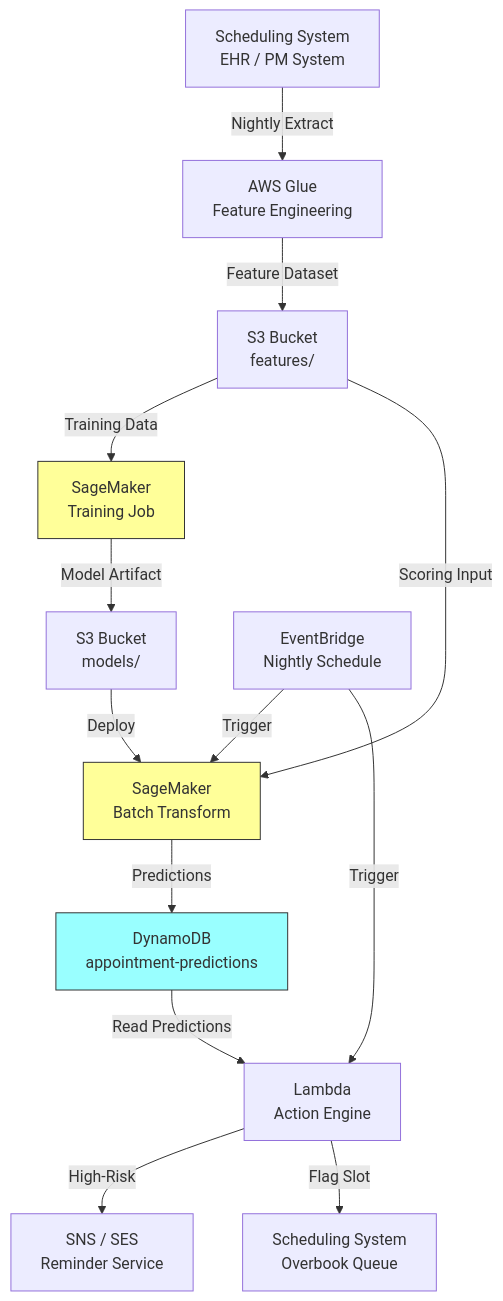
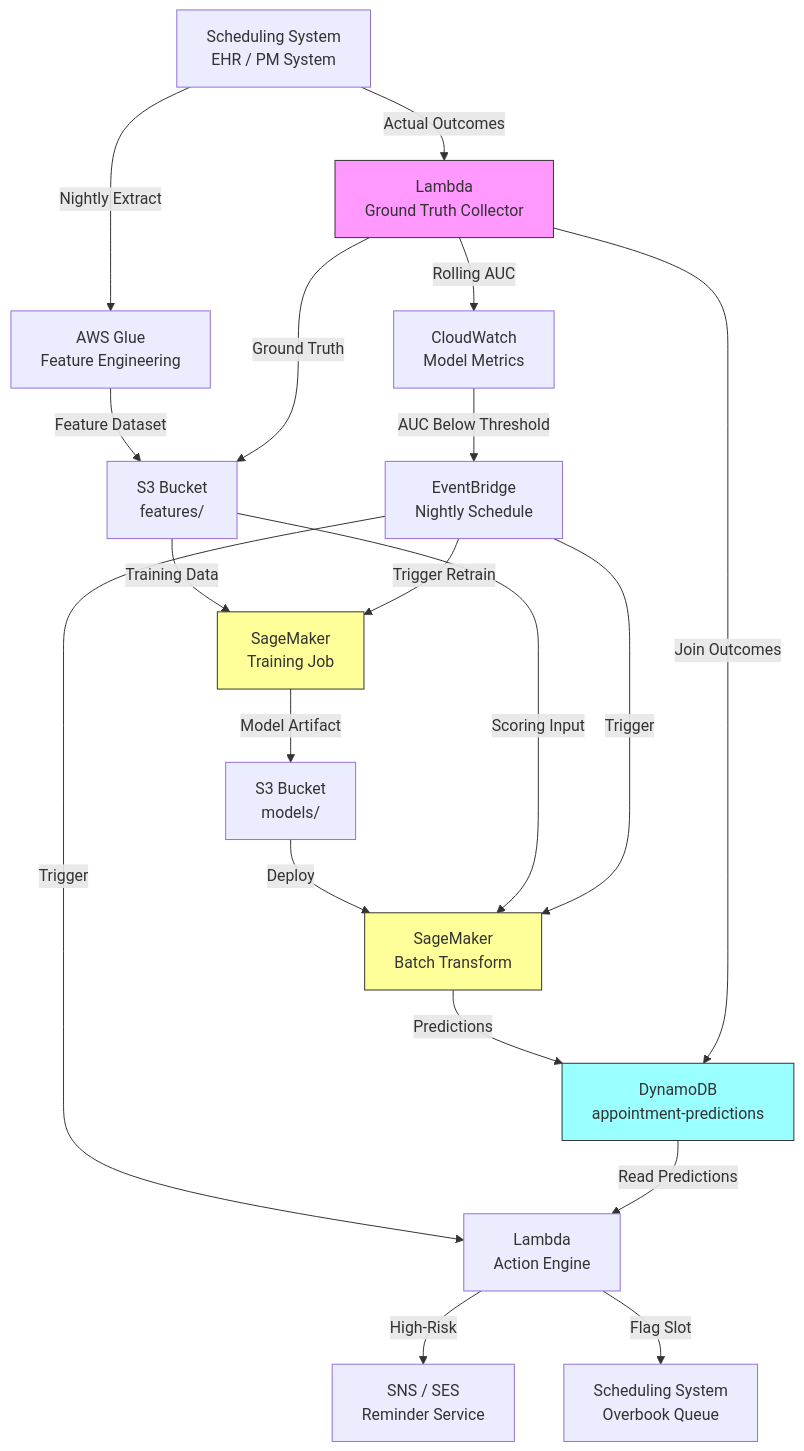
One commit to ccrngd1/HCLS-ai-book changed the diagram in chapter07.01-architecture.md. Above: the diagram before and after it, drawn with Mermaid. The commit also changed other lines of this file and 3 other files, not shown here.

````diff
--- a/chapter07.01-architecture.md
+++ b/chapter07.01-architecture.md
@@ -25,19 +25,26 @@
 ```mermaid
 flowchart TD
     A[Scheduling System\nEHR / PM System] -->|Nightly Extract| B[AWS Glue\nFeature Engineering]
     B -->|Feature Dataset| C[S3 Bucket\nfeatures/]
     C -->|Training Data| D[SageMaker\nTraining Job]
     D -->|Model Artifact| E[S3 Bucket\nmodels/]
     E -->|Deploy| F[SageMaker\nBatch Transform]
     C -->|Scoring Input| F
     F -->|Predictions| G[DynamoDB\nappointment-predictions]
     H[EventBridge\nNightly Schedule] -->|Trigger| F
     H -->|Trigger| I[Lambda\nAction Engine]
     G -->|Read Predictions| I
     I -->|High-Risk| J[SNS / SES\nReminder Service]
     I -->|Flag Slot| K[Scheduling System\nOverbook Queue]
+    L[Lambda\nGround Truth Collector] -->|Join Outcomes| G
+    A -->|Actual Outcomes| L
+    L -->|Rolling AUC| M[CloudWatch\nModel Metrics]
+    M -->|AUC Below Threshold| H
+    L -->|Ground Truth| C
+    H -->|Trigger Retrain| D
 
     style D fill:#ff9,stroke:#333
     style F fill:#ff9,stroke:#333
     style G fill:#9ff,stroke:#333
+    style L fill:#f9f,stroke:#333
 ```
````
